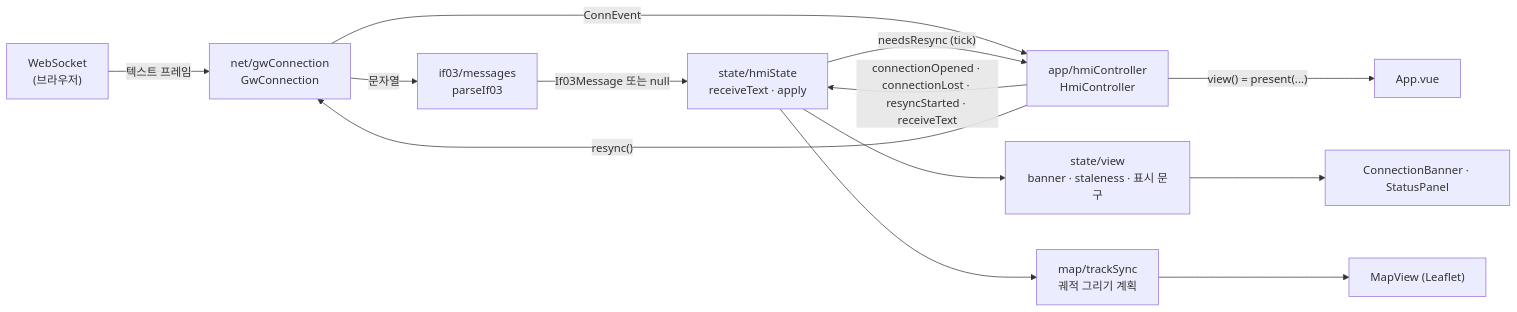
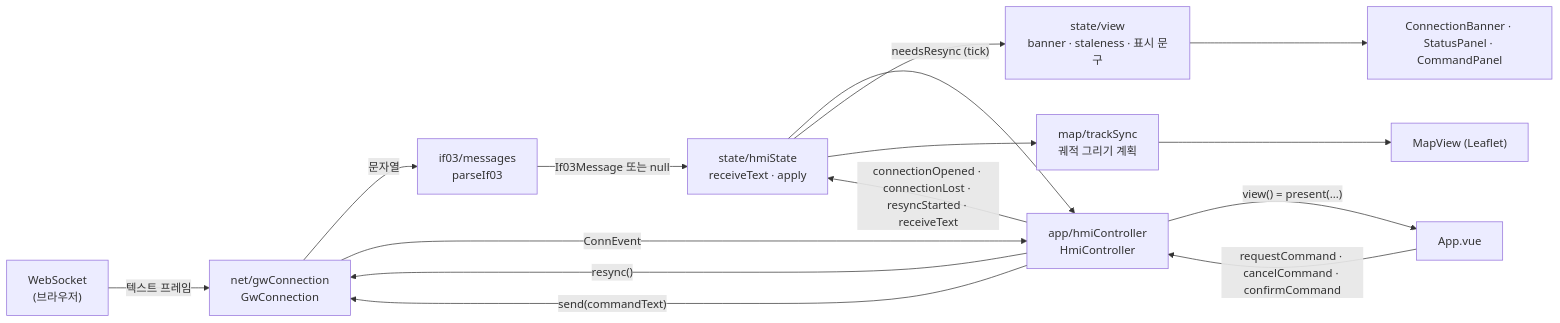
Before and after one commit to PuniPaw/ugv-control-hmi: the fifth of 7 diagrams in docs/03_SDD.md, drawn with Mermaid. The commit also changed other lines of this file and 1 other file, not shown here.

````diff
--- a/docs/03_SDD.md
+++ b/docs/03_SDD.md
@@ -212,15 +213,17 @@
 ```mermaid
 flowchart LR
     WS["WebSocket<br/>(브라우저)"] -->|텍스트 프레임| CONN["net/gwConnection<br/>GwConnection"]
     CONN -->|문자열| PARSE["if03/messages<br/>parseIf03"]
     PARSE -->|If03Message 또는 null| STATE["state/hmiState<br/>receiveText · apply"]
     CONN -->|"ConnEvent"| CTRL["app/hmiController<br/>HmiController"]
     CTRL -->|"connectionOpened · connectionLost · resyncStarted · receiveText"| STATE
     STATE -->|"needsResync (tick)"| CTRL
     CTRL -->|"resync()"| CONN
     CTRL -->|"view() = present(...)"| APP["App.vue"]
+    APP -->|"requestCommand · cancelCommand · confirmCommand"| CTRL
+    CTRL -->|"send(commandText)"| CONN
     STATE --> VIEW["state/view<br/>banner · staleness · 표시 문구"]
     STATE --> SYNC["map/trackSync<br/>궤적 그리기 계획"]
-    VIEW --> UI["ConnectionBanner · StatusPanel"]
+    VIEW --> UI["ConnectionBanner · StatusPanel · CommandPanel"]
     SYNC --> MAP["MapView (Leaflet)"]
 ```
````
